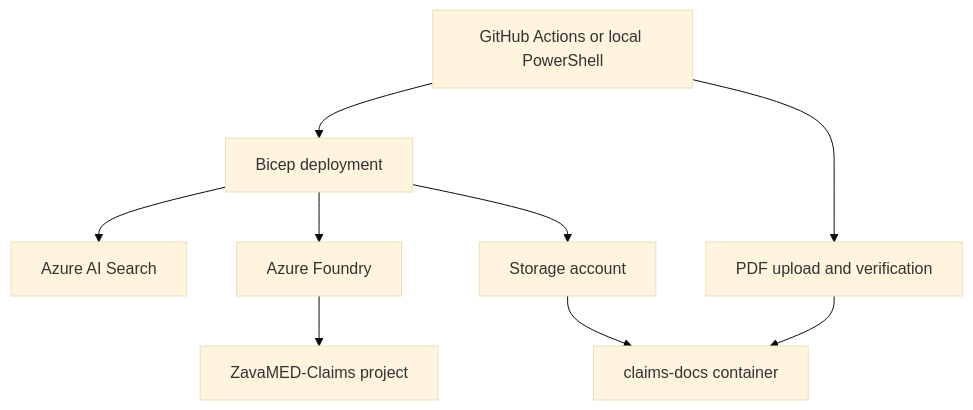
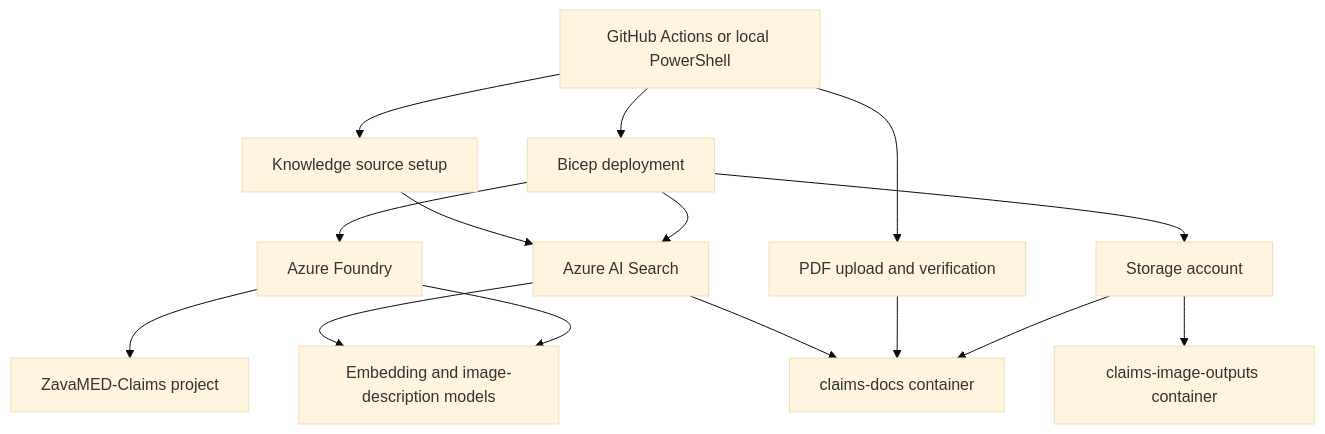
Before and after one commit to aandino-zava/zava-azureai-claims-search-demo: the diagram in README.md, drawn with Mermaid (base theme). The commit also changed other lines of this file and 10 other files, not shown here.

Commit message:
Add blob knowledge source and private image output container

````diff
--- a/README.md
+++ b/README.md
@@ -19,11 +23,17 @@
 ```mermaid
 flowchart TD
     G[GitHub Actions or local PowerShell] --> B[Bicep deployment]
     B --> S[Azure AI Search]
     B --> F[Azure Foundry]
     F --> P[ZavaMED-Claims project]
+    F --> M[Embedding and image-description models]
     B --> A[Storage account]
     A --> C[claims-docs container]
+    A --> O[claims-image-outputs container]
     G --> U[PDF upload and verification]
     U --> C
+    G --> K[Knowledge source setup]
+    K --> S
+    S --> C
+    S --> M
 ```
````
